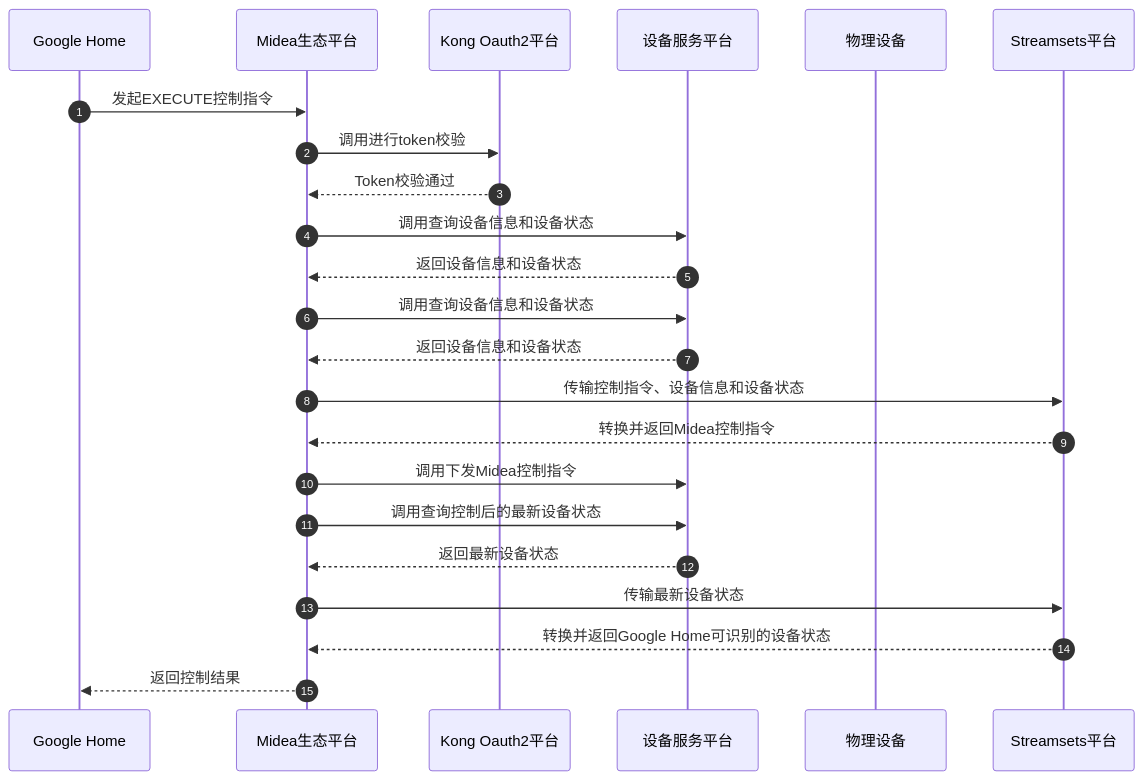
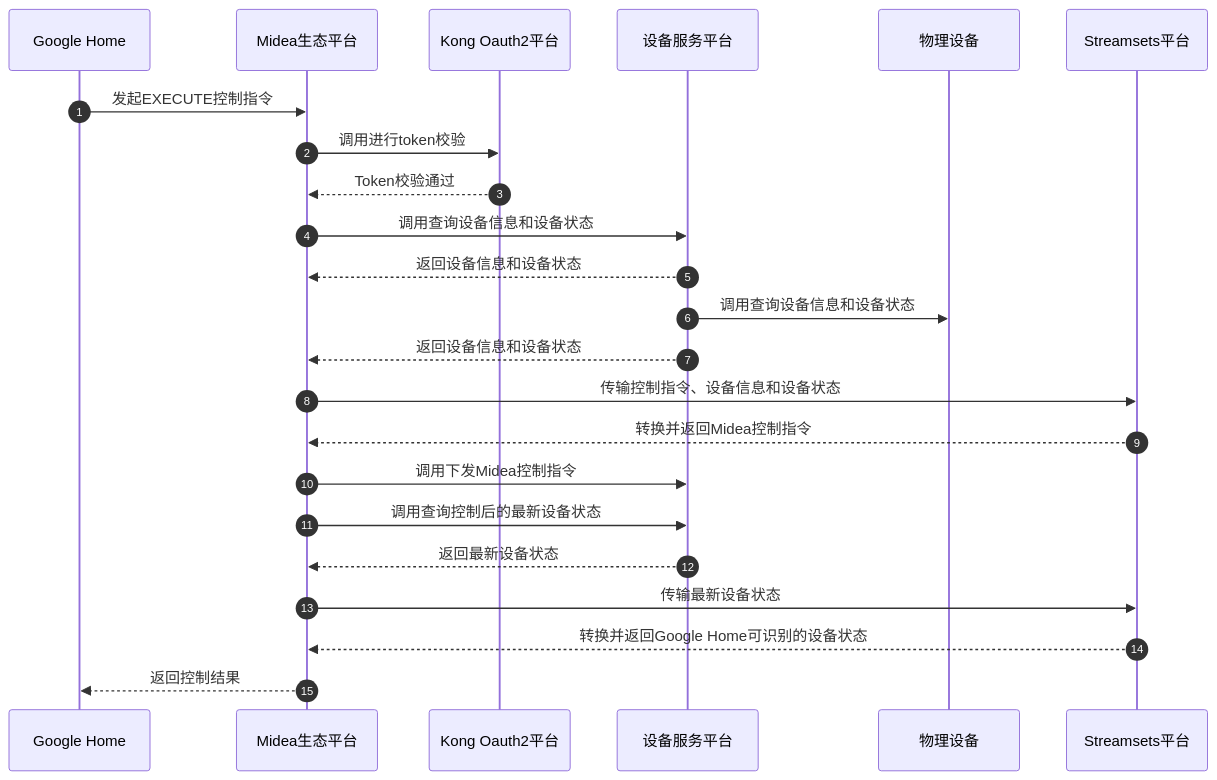
Before and after one commit to ixiaoyang8/iodraw-files: the diagram in all/未命名-19.md, drawn with Mermaid.

Commit message:
2026-06-11 11:15:55 update

````diff
--- a/all/未命名-19.md
+++ b/all/未命名-19.md
@@ -1,27 +1,27 @@
 ```mermaid
 sequenceDiagram
     autonumber
     participant GoogleHome as Google Home
     participant MideaEco as Midea生态平台
     participant KongOAuth as Kong Oauth2平台
     participant DevService as 设备服务平台
     participant Device as 物理设备
     participant Streamsets as Streamsets平台
 
     GoogleHome->>MideaEco: 发起EXECUTE控制指令
     MideaEco->>KongOAuth: 调用进行token校验
     KongOAuth-->>MideaEco: Token校验通过
     MideaEco->>DevService: 调用查询设备信息和设备状态
     DevService-->>MideaEco: 返回设备信息和设备状态
-    MideaEco->>DevService: 调用查询设备信息和设备状态
+    DevService->>Device: 调用查询设备信息和设备状态
     DevService-->>MideaEco: 返回设备信息和设备状态
     MideaEco->>Streamsets: 传输控制指令、设备信息和设备状态
     Streamsets-->>MideaEco: 转换并返回Midea控制指令
     MideaEco->>DevService: 调用下发Midea控制指令
     MideaEco->>DevService: 调用查询控制后的最新设备状态
     DevService-->>MideaEco: 返回最新设备状态
     MideaEco->>Streamsets: 传输最新设备状态
     Streamsets-->>MideaEco: 转换并返回Google Home可识别的设备状态
     MideaEco-->>GoogleHome: 返回控制结果
 
 ```
````
